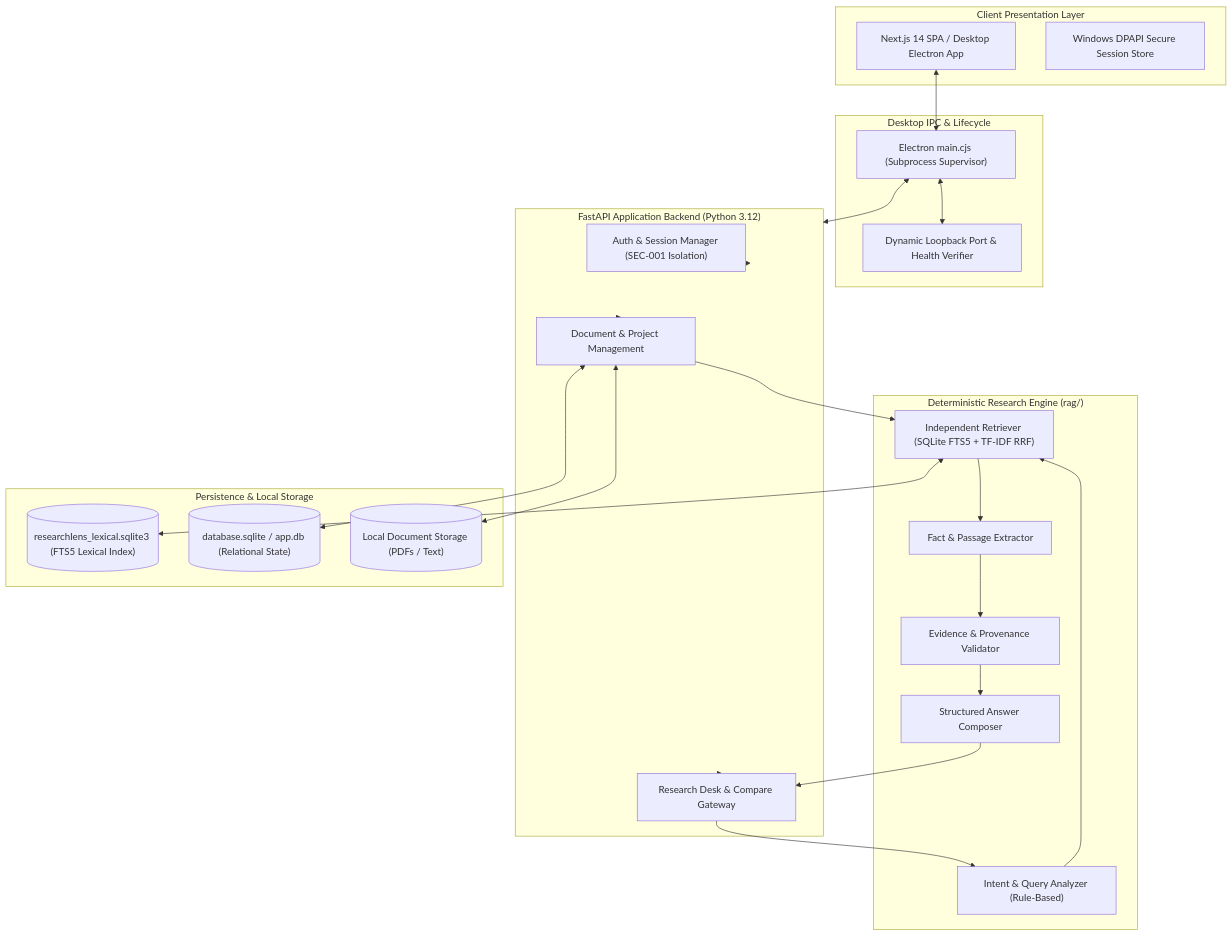
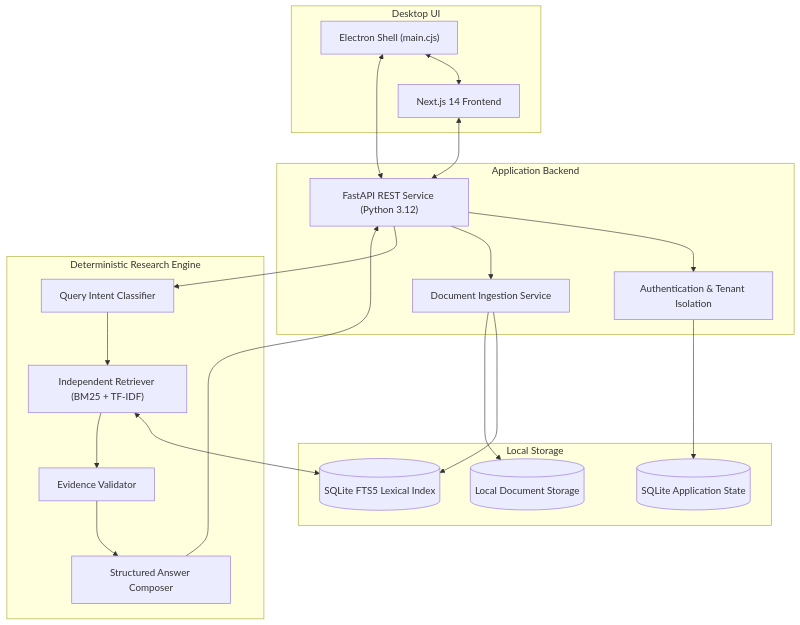
The diagram in README.md (ResearchLens-Lab/ResearchAssistant), drawn with Mermaid before and after one commit. The commit also changed other lines of this file and 171 other files, not shown here.

````diff
--- a/README.md
+++ b/README.md
@@ -53,51 +70,44 @@
 ```mermaid
 flowchart TD
-    subgraph ClientLayer ["Client Presentation Layer"]
-        UI["Next.js 14 SPA / Desktop Electron App"]
-        DPAPI["Windows DPAPI Secure Session Store"]
+    subgraph UI ["Desktop UI"]
+        DesktopApp["Electron Shell (main.cjs)"]
+        Renderer["Next.js 14 Frontend"]
     end
 
-    subgraph DesktopIPC ["Desktop IPC & Lifecycle"]
-        MainProcess["Electron main.cjs (Subprocess Supervisor)"]
-        PortResolver["Dynamic Loopback Port & Health Verifier"]
+    subgraph Backend ["Application Backend"]
+        FastAPI["FastAPI REST Service (Python 3.12)"]
+        AuthService["Authentication & Tenant Isolation"]
+        DocService["Document Ingestion Service"]
     end
 
-    subgraph BackendAPI ["FastAPI Application Backend (Python 3.12)"]
-        AuthRoute["Auth & Session Manager (SEC-001 Isolation)"]
-        DocRoute["Document & Project Management"]
-        ResearchRoute["Research Desk & Compare Gateway"]
+    subgraph Engine ["Deterministic Research Engine"]
+        Classifier["Query Intent Classifier"]
+        Retriever["Independent Retriever (BM25 + TF-IDF)"]
+        Composer["Structured Answer Composer"]
+        Validator["Evidence Validator"]
     end
 
-    subgraph DeterministicEngine ["Deterministic Research Engine (rag/)"]
-        Classifier["Intent & Query Analyzer (Rule-Based)"]
-        Retriever["Independent Retriever (SQLite FTS5 + TF-IDF RRF)"]
-        FactExtract["Fact & Passage Extractor"]
-        Validator["Evidence & Provenance Validator"]
-        Composer["Structured Answer Composer"]
+    subgraph Data ["Local Storage"]
+        LexicalDB[("SQLite FTS5 Lexical Index")]
+        AppDB[("SQLite Application State")]
+        DocFiles[("Local Document Storage")]
     end
 
-    subgraph StorageLayer ["Persistence & Local Storage"]
-        FTS5DB[("researchlens_lexical.sqlite3 (FTS5 Lexical Index)")]
-        AppDB[("database.sqlite / app.db (Relational State)")]
-        DocStore[("Local Document Storage (PDFs / Text)")]
-    end
+    DesktopApp <--> Renderer
+    DesktopApp <--> FastAPI
+    Renderer <--> FastAPI
 
-    UI <--> MainProcess
-    MainProcess <--> PortResolver
-    MainProcess <--> BackendAPI
-    BackendAPI --> AuthRoute
-    BackendAPI --> DocRoute
-    BackendAPI --> ResearchRoute
+    FastAPI --> AuthService
+    FastAPI --> DocService
+    FastAPI --> Classifier
 
-    ResearchRoute --> Classifier
+    DocService --> LexicalDB
+    DocService --> DocFiles
+    AuthService --> AppDB
+
     Classifier --> Retriever
-    Retriever <--> FTS5DB
-    Retriever --> FactExtract
-    FactExtract --> Validator
+    Retriever <--> LexicalDB
+    Retriever --> Validator
     Validator --> Composer
-    Composer --> ResearchRoute
-
-    DocRoute <--> DocStore
-    DocRoute <--> AppDB
-    DocRoute --> Retriever
+    Composer --> FastAPI
 ```
````
